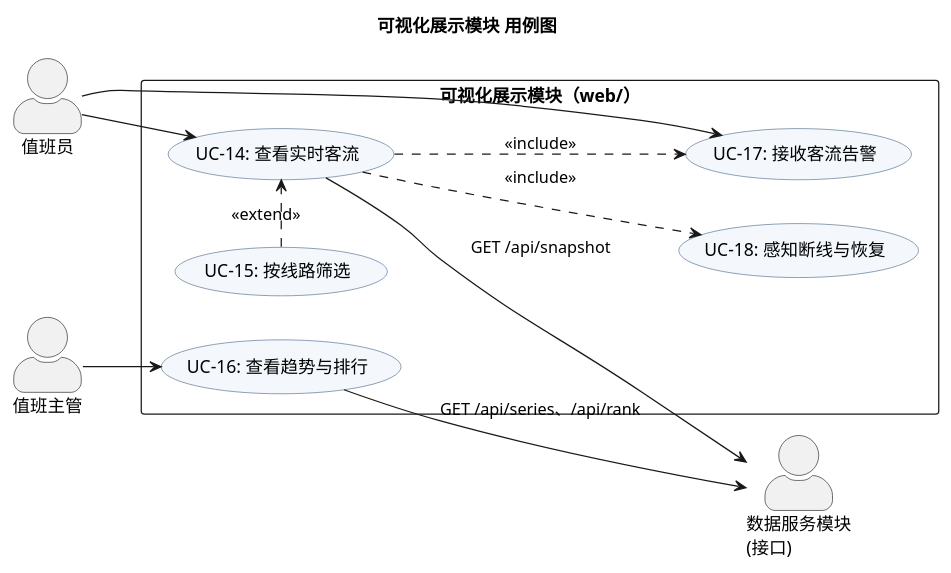
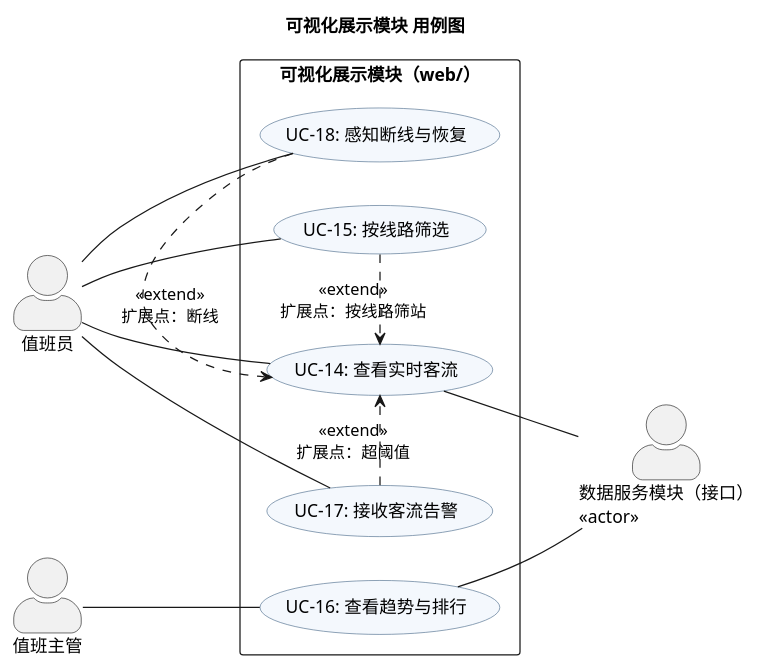
The diagram in docs/03-建模/05-用例图-可视化展示.puml (Xuzhaopu04/metro-flow-dashboard), drawn with PlantUML before and after one commit. The commit also changed 13 other files, not shown here.

First line of the commit message:
docs(建模): 七张图按需求工程建模规范重绘

```diff
--- a/docs/03-建模/05-用例图-可视化展示.puml
+++ b/docs/03-建模/05-用例图-可视化展示.puml
@@ -1,34 +1,60 @@
 @startuml 05-用例图-可视化展示
+' =====================================================================
+' 产物：可视化展示模块 精化用例图（对应 UC-14～UC-18）
+' 规范：references/01 §2–§5 + §5.2 判定表
+' 规模：3 参与者 / 5 用例 → 未超阈值（06 §1）
+'
+' 节点清单
+'   参与者  值班员｜值班主管｜数据服务模块（接口，外部系统 «actor»）
+'   用例    UC-14 查看实时客流｜UC-15 按线路筛选｜UC-16 查看趋势与排行
+'           UC-17 接收客流告警｜UC-18 感知断线与恢复
+' 边清单
+'   值班员     — UC-14、UC-15、UC-17、UC-18   （关联，无箭头）
+'   值班主管   — UC-16                        （关联，无箭头）
+'   数据服务模块 — UC-14、UC-16                （关联，无箭头）
+'   UC-17 «extend» → UC-14   扩展点：总客流达到阈值
+'   UC-18 «extend» → UC-14   扩展点：请求超时或返回非 2xx
+' 修正说明
+'   1. 原图把 UC-17／UC-18 写成 UC-14 的 include，与判定表相悖：告警与断线
+'      都是"条件满足才发生"的附加行为，主用例不做也能完成，按 01 §5.2 改判
+'      extend，箭头由扩展用例指向主用例。
+'   2. 原图 UC-15 无参与者关联，补齐值班员；UC-18 同样补关联。
+'   3. 指向外部系统的连线改为无箭头关联，接口路径移入本注释，避免把关联
+'      画成数据流：UC-14 调 GET /api/snapshot，UC-16 调 GET /api/series、/api/rank。
+' =====================================================================
 title 可视化展示模块 用例图
 left to right direction
 skinparam shadowing false
+skinparam defaultFontName "Microsoft YaHei"
 skinparam actorStyle awesome
 skinparam packageStyle rectangle
 skinparam usecase {
   BackgroundColor #F4F8FD
   BorderColor #4A6B8A
 }
 
 actor "值班员" as guard
 actor "值班主管" as lead
-actor "数据服务模块\n(接口)" as api
+actor "数据服务模块（接口）\n«actor»" as api
 
 rectangle "可视化展示模块（web/）" {
   usecase "UC-14: 查看实时客流" as UC14
   usecase "UC-15: 按线路筛选" as UC15
   usecase "UC-16: 查看趋势与排行" as UC16
   usecase "UC-17: 接收客流告警" as UC17
   usecase "UC-18: 感知断线与恢复" as UC18
 }
 
-guard --> UC14
-guard --> UC17
-lead --> UC16
+guard -- UC14
+guard -- UC15
+guard -- UC17
+guard -- UC18
+lead -- UC16
 
-UC15 .> UC14 : <<extend>>
-UC14 ..> UC17 : <<include>>
-UC14 ..> UC18 : <<include>>
+UC14 -- api
+UC16 -- api
 
-UC14 --> api : GET /api/snapshot
-UC16 --> api : GET /api/series、/api/rank
+UC15 .> UC14 : <<extend>>\n扩展点：按线路筛站
+UC17 .> UC14 : <<extend>>\n扩展点：超阈值
+UC18 .> UC14 : <<extend>>\n扩展点：断线
 @enduml
```
